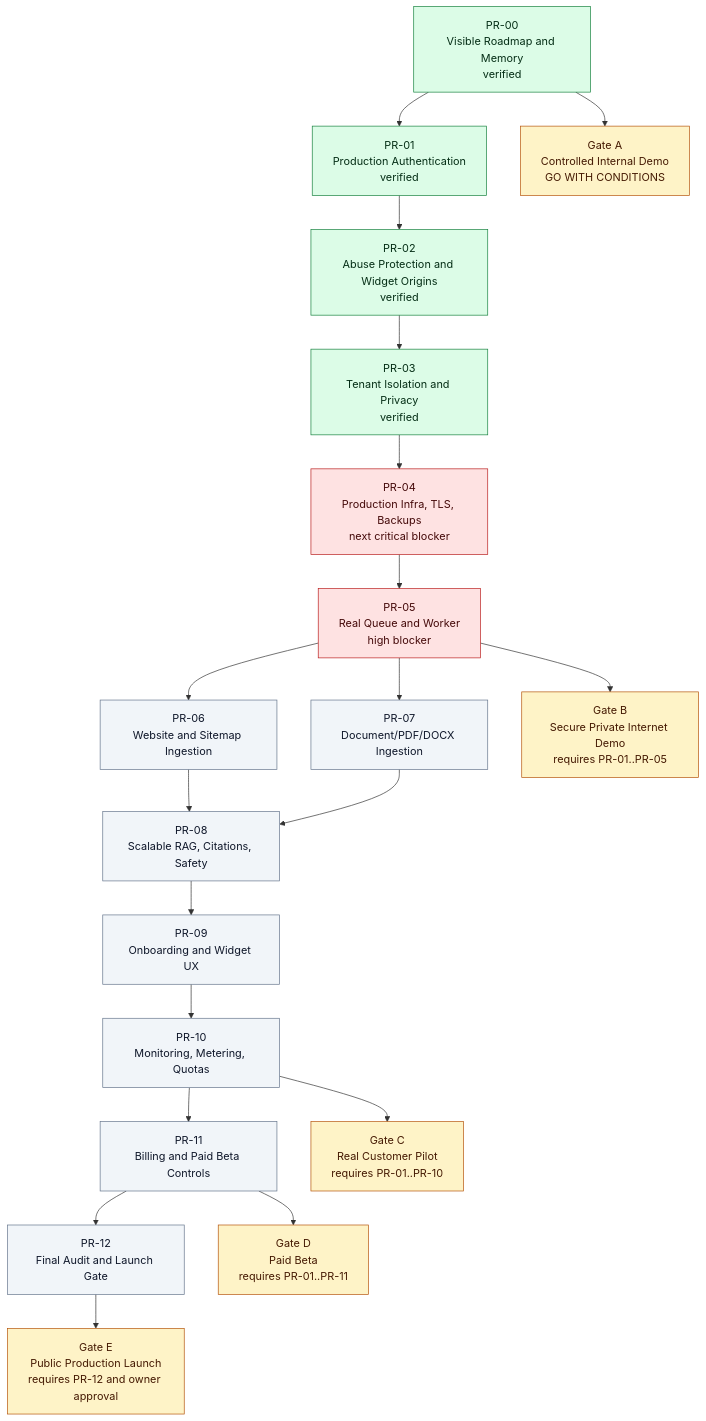
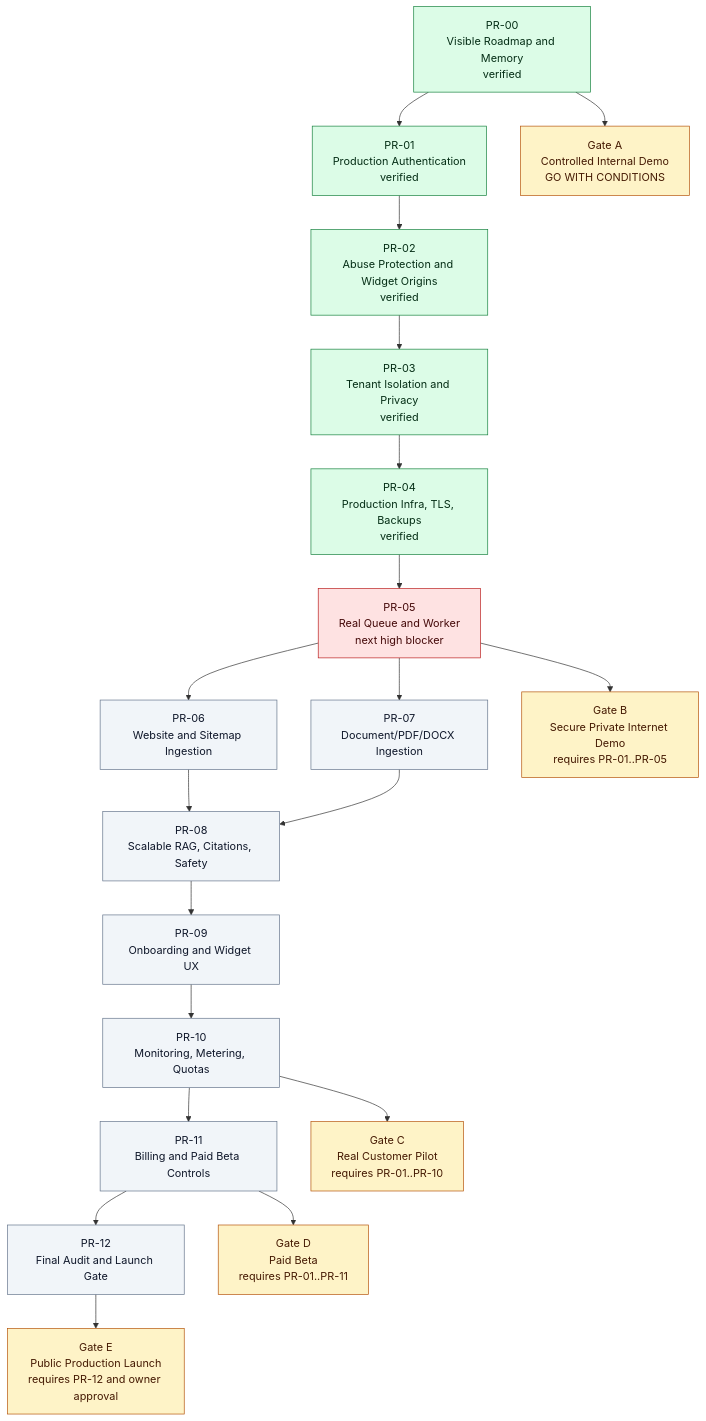
The diagram in production-control/03_PHASE_DEPENDENCY_GRAPH.md (Tauhid-dev/AI-Magnet), drawn with Mermaid before and after one commit. The commit also changed 34 other files, not shown here.

````diff
--- a/production-control/03_PHASE_DEPENDENCY_GRAPH.md
+++ b/production-control/03_PHASE_DEPENDENCY_GRAPH.md
@@ -5,45 +5,45 @@
 ```mermaid
 flowchart TB
     PR00["PR-00<br/>Visible Roadmap and Memory<br/>verified"]
     PR01["PR-01<br/>Production Authentication<br/>verified"]
     PR02["PR-02<br/>Abuse Protection and Widget Origins<br/>verified"]
     PR03["PR-03<br/>Tenant Isolation and Privacy<br/>verified"]
-    PR04["PR-04<br/>Production Infra, TLS, Backups<br/>next critical blocker"]
-    PR05["PR-05<br/>Real Queue and Worker<br/>high blocker"]
+    PR04["PR-04<br/>Production Infra, TLS, Backups<br/>verified"]
+    PR05["PR-05<br/>Real Queue and Worker<br/>next high blocker"]
     PR06["PR-06<br/>Website and Sitemap Ingestion"]
     PR07["PR-07<br/>Document/PDF/DOCX Ingestion"]
     PR08["PR-08<br/>Scalable RAG, Citations, Safety"]
     PR09["PR-09<br/>Onboarding and Widget UX"]
     PR10["PR-10<br/>Monitoring, Metering, Quotas"]
     PR11["PR-11<br/>Billing and Paid Beta Controls"]
     PR12["PR-12<br/>Final Audit and Launch Gate"]
 
     GateA["Gate A<br/>Controlled Internal Demo<br/>GO WITH CONDITIONS"]
     GateB["Gate B<br/>Secure Private Internet Demo<br/>requires PR-01..PR-05"]
     GateC["Gate C<br/>Real Customer Pilot<br/>requires PR-01..PR-10"]
     GateD["Gate D<br/>Paid Beta<br/>requires PR-01..PR-11"]
     GateE["Gate E<br/>Public Production Launch<br/>requires PR-12 and owner approval"]
 
     PR00 --> PR01 --> PR02 --> PR03 --> PR04 --> PR05
     PR05 --> PR06
     PR05 --> PR07
     PR06 --> PR08
     PR07 --> PR08
     PR08 --> PR09 --> PR10 --> PR11 --> PR12
 
     PR00 --> GateA
     PR05 --> GateB
     PR10 --> GateC
     PR11 --> GateD
     PR12 --> GateE
 
     classDef verified fill:#dcfce7,stroke:#15803d,color:#052e16
     classDef blocker fill:#fee2e2,stroke:#b91c1c,color:#450a0a
     classDef notStarted fill:#f1f5f9,stroke:#64748b,color:#0f172a
     classDef gate fill:#fef3c7,stroke:#b45309,color:#451a03
 
-    class PR00,PR01,PR02,PR03 verified
-    class PR04,PR05 blocker
+    class PR00,PR01,PR02,PR03,PR04 verified
+    class PR05 blocker
     class PR06,PR07,PR08,PR09,PR10,PR11,PR12 notStarted
     class GateA,GateB,GateC,GateD,GateE gate
 ```
````
